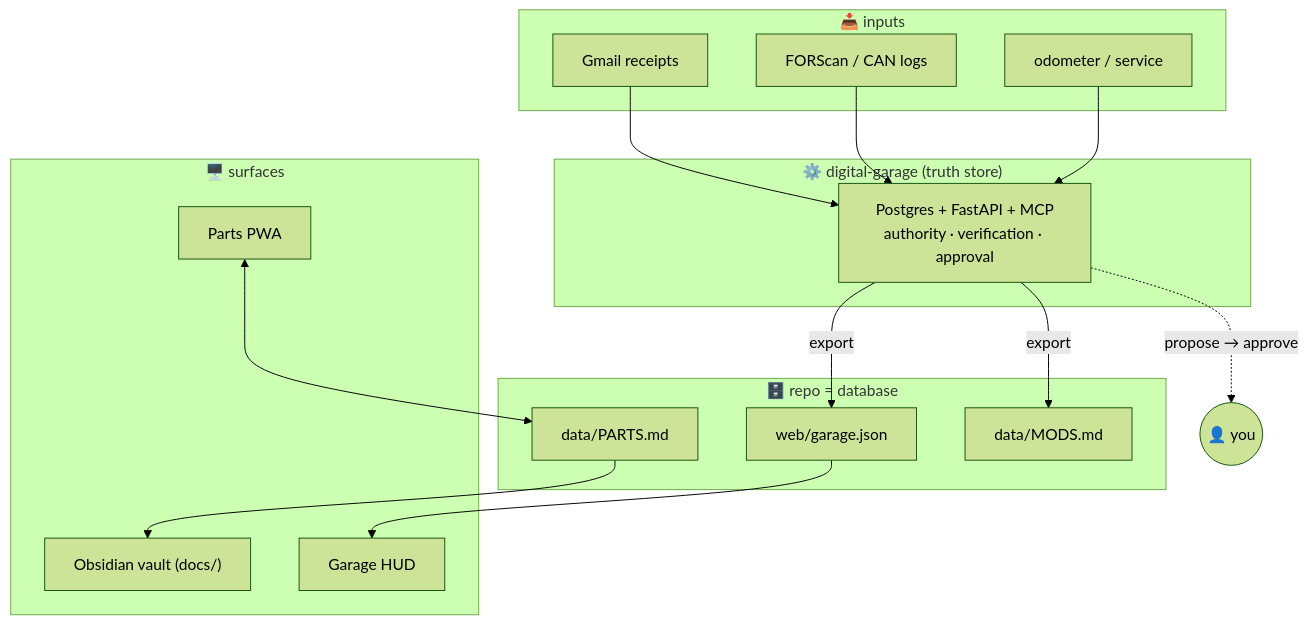
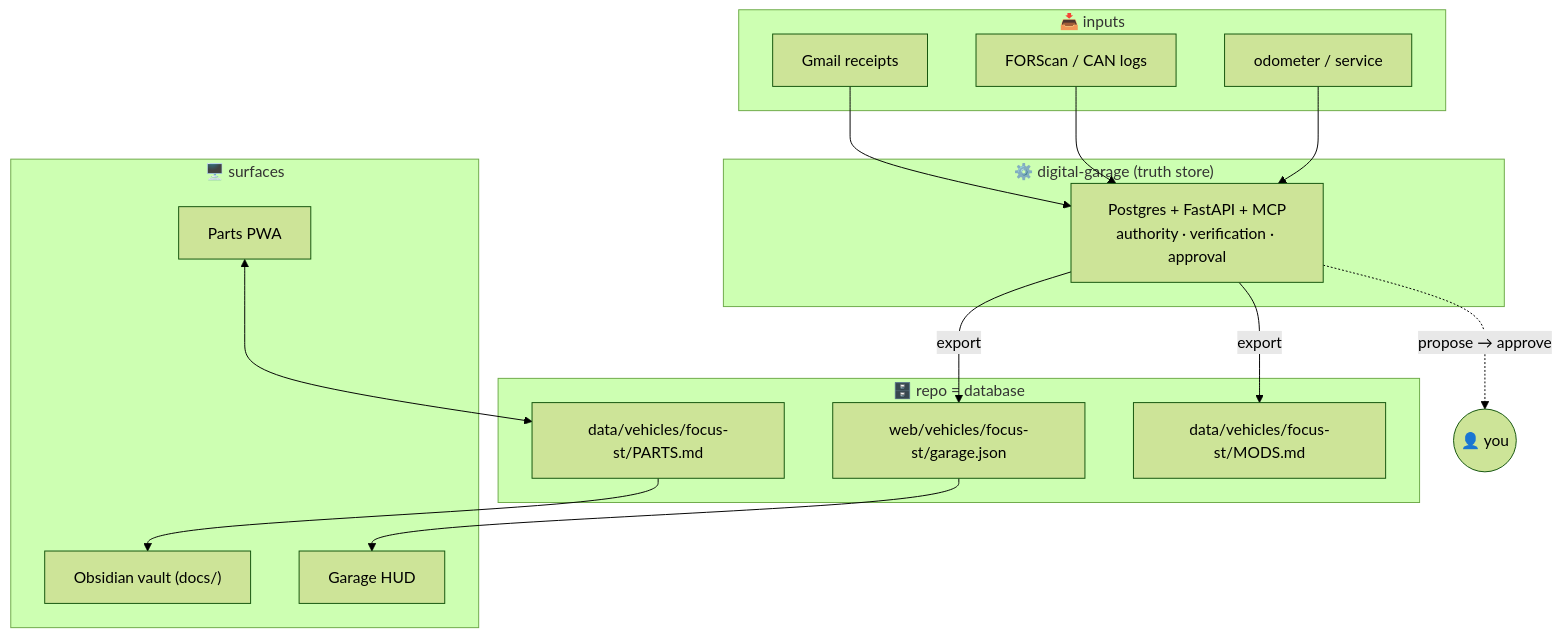
Before and after one commit to 2smok3d/focus-st: the diagram in README.md, drawn with Mermaid (forest theme). The commit also changed other lines of this file and 13 other files, not shown here.

First line of the commit message:
refactor(platform): per-vehicle modules — namespace FOST under vehicles/focus-st

````diff
--- a/README.md
+++ b/README.md
@@ -44,28 +44,28 @@
 ```mermaid
 flowchart TD
     subgraph Sources["📥 inputs"]
       RC["Gmail receipts"]
       FS["FORScan / CAN logs"]
       OD["odometer / service"]
     end
     subgraph Store["⚙️ digital-garage (truth store)"]
       DG["Postgres + FastAPI + MCP<br/>authority · verification · approval"]
     end
     subgraph Data["🗄️ repo = database"]
-      PARTS["data/PARTS.md"]
-      JSON["web/garage.json"]
-      MODS["data/MODS.md"]
+      PARTS["data/vehicles/focus-st/PARTS.md"]
+      JSON["web/vehicles/focus-st/garage.json"]
+      MODS["data/vehicles/focus-st/MODS.md"]
     end
     subgraph Surfaces["🖥️ surfaces"]
       PWA["Parts PWA"]
       HUD["Garage HUD"]
       KB["Obsidian vault (docs/)"]
     end
 
     RC & FS & OD --> DG
     DG -- "export" --> JSON & MODS
     PWA <--> PARTS
     JSON --> HUD
     PARTS --> KB
     DG -. "propose → approve" .-> Human(("👤 you"))
 ```
````
